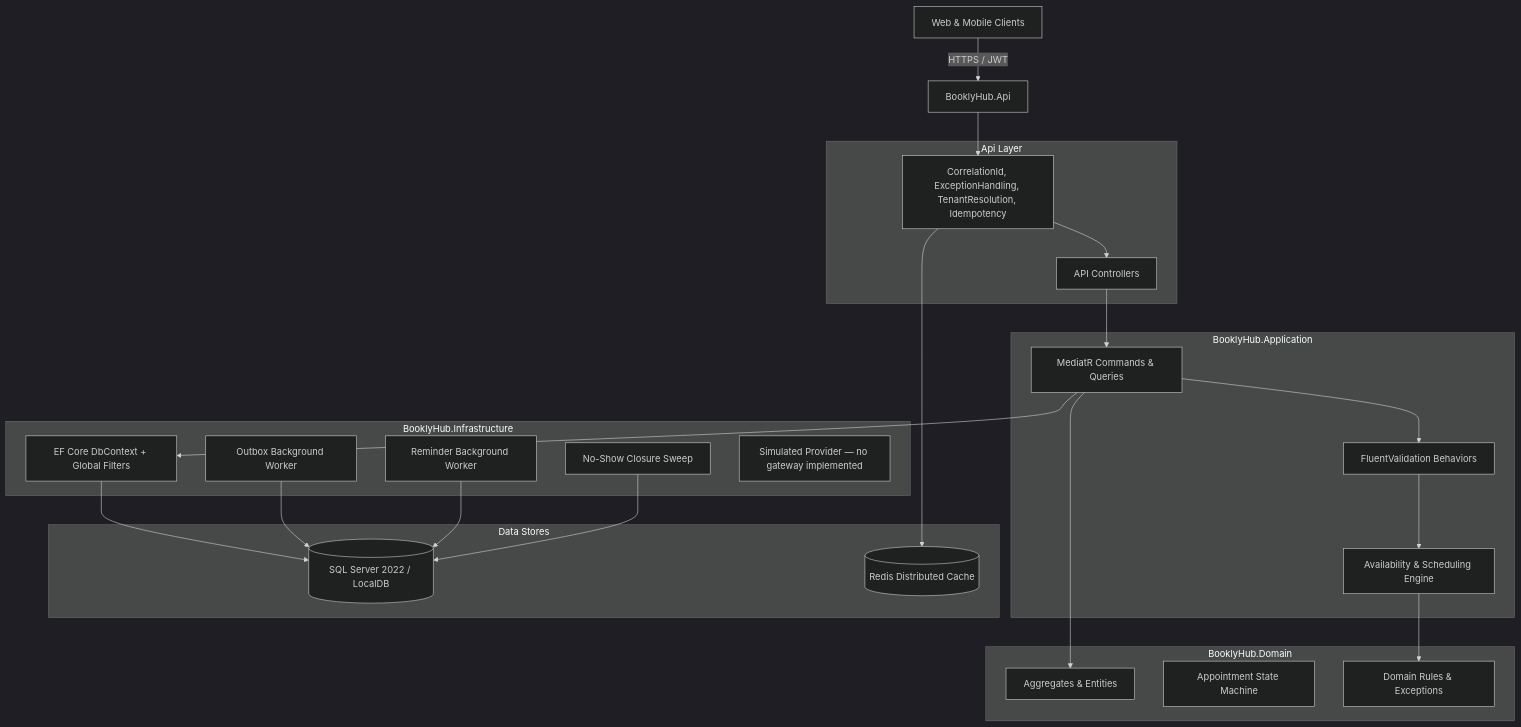
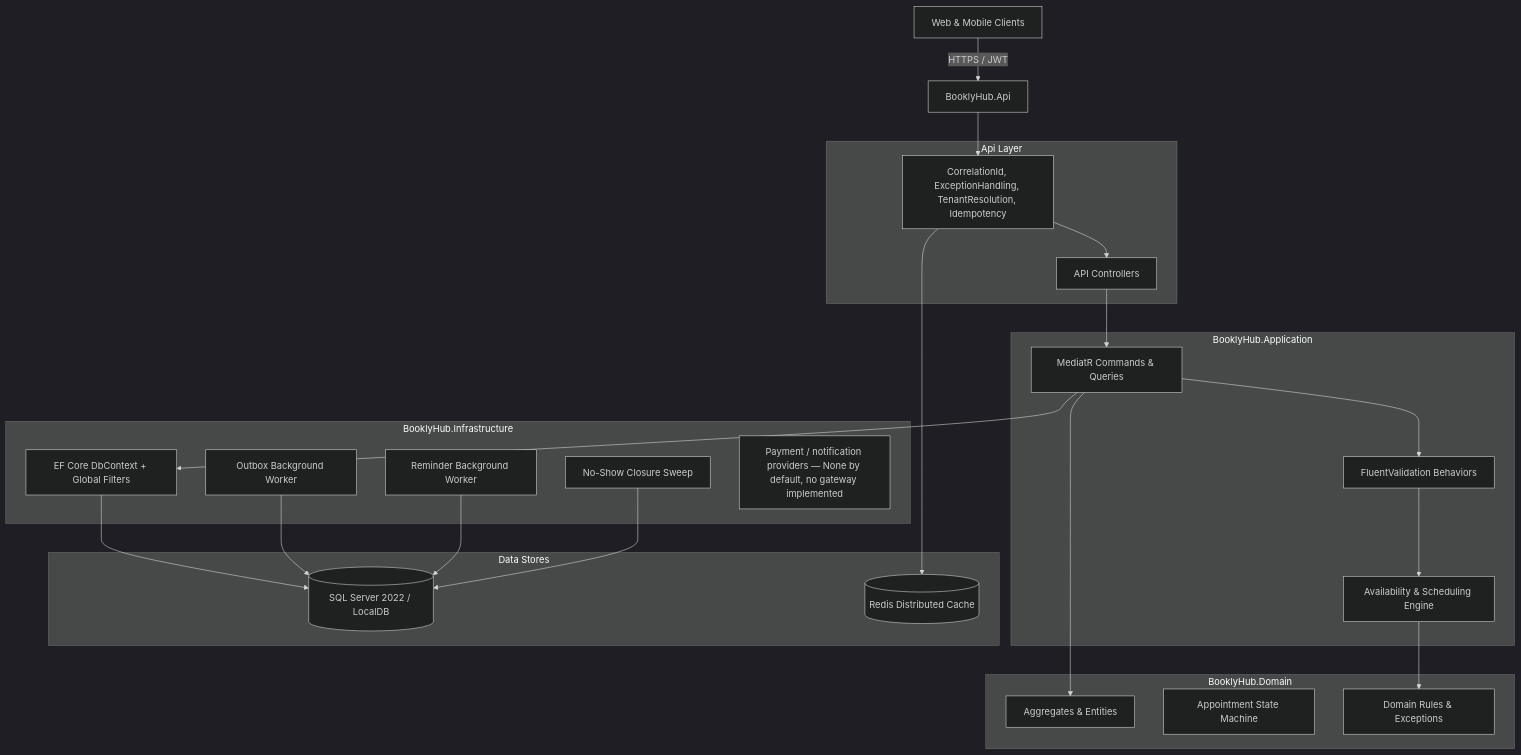
The diagram in README.md (dante127/BooklyHub), drawn with Mermaid (dark theme) before and after one commit. The commit also changed other lines of this file and 9 other files, not shown here.

````diff
--- a/README.md
+++ b/README.md
@@ -36,45 +36,45 @@
 ```mermaid
 graph TD
     Client[Web & Mobile Clients] -->|HTTPS / JWT| Api[BooklyHub.Api]
     
     subgraph Api Layer
         Middleware[CorrelationId, ExceptionHandling, TenantResolution, Idempotency]
         Controllers[API Controllers]
     end
 
     subgraph Application Layer [BooklyHub.Application]
         CQRS[MediatR Commands & Queries]
         Validators[FluentValidation Behaviors]
         Availability[Availability & Scheduling Engine]
     end
 
     subgraph Domain Layer [BooklyHub.Domain]
         Entities[Aggregates & Entities]
         StateMachine[Appointment State Machine]
         DomainRules[Domain Rules & Exceptions]
     end
 
     subgraph Infrastructure Layer [BooklyHub.Infrastructure]
         EFCore[EF Core DbContext + Global Filters]
         OutboxWorker[Outbox Background Worker]
         ReminderWorker[Reminder Background Worker]
         NoShowWorker[No-Show Closure Sweep]
-        PaymentGateway[Simulated Provider — no gateway implemented]
+        PaymentGateway[Payment / notification providers — None by default, no gateway implemented]
     end
 
     subgraph Data Stores
         SqlServer[(SQL Server 2022 / LocalDB)]
         RedisCache[(Redis Distributed Cache)]
     end
 
     Api --> Middleware --> Controllers --> CQRS
     CQRS --> Validators --> Availability
     Availability --> DomainRules
     CQRS --> Entities
     CQRS --> EFCore
     EFCore --> SqlServer
     OutboxWorker --> SqlServer
     ReminderWorker --> SqlServer
     NoShowWorker --> SqlServer
     Middleware --> RedisCache
 ```
````
